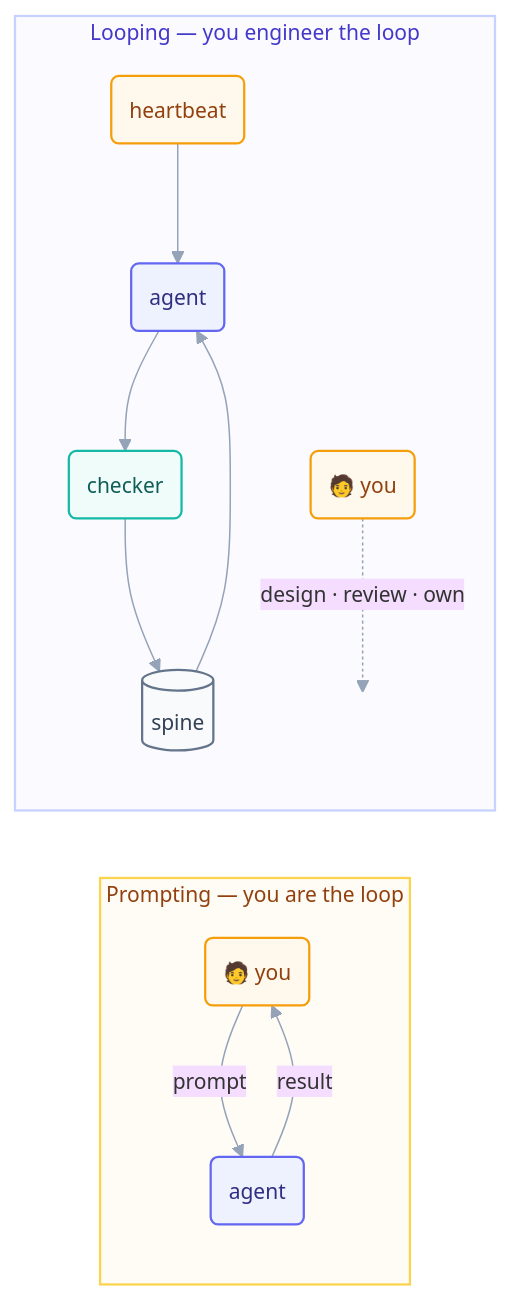
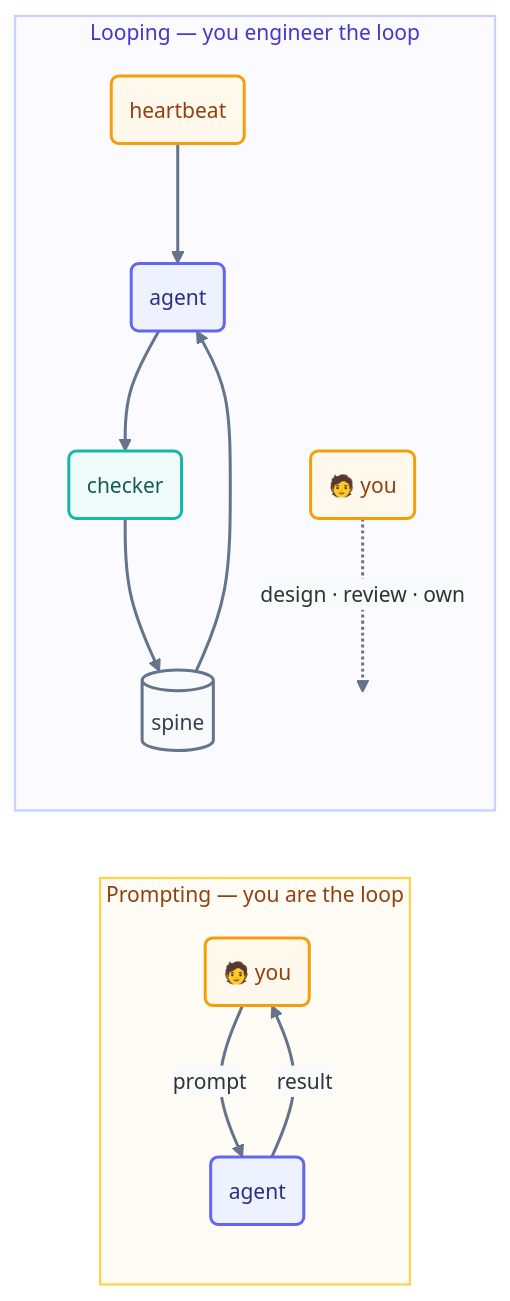
Before and after one commit to ayeshakhalid192007-dev/LoopEngineering-CrashCourse: the diagram in docs/03-part-1-the-shift/01-from-prompting-to-looping.md, drawn with Mermaid. The commit also changed 66 other files, not shown here.

First line of the commit message:
docs(diagrams): bolden and unify all 70 mermaid diagrams

````diff
--- a/docs/03-part-1-the-shift/01-from-prompting-to-looping.md
+++ b/docs/03-part-1-the-shift/01-from-prompting-to-looping.md
@@ -40,21 +40,22 @@
 ```mermaid
-%%{init: {'theme':'base','themeVariables':{'fontFamily':'ui-sans-serif, system-ui, sans-serif','fontSize':'14px','lineColor':'#94a3b8'},'flowchart':{'curve':'basis','nodeSpacing':45,'rankSpacing':55,'padding':12}}}%%
+%%{init: {'theme':'base','themeVariables':{'fontFamily':'ui-sans-serif, system-ui, sans-serif','fontSize':'14px','lineColor':'#64748b','edgeLabelBackground':'#f8fafc'},'flowchart':{'curve':'basis','nodeSpacing':45,'rankSpacing':55,'padding':12}}}%%
 flowchart LR
     subgraph HAND ["Prompting — you are the loop"]
       U("🧑 you"):::human -->|prompt| A1("agent"):::agent -->|result| U
     end
     subgraph ENG ["Looping — you engineer the loop"]
       HB("heartbeat"):::time --> A2("agent"):::agent
       SP[("spine")]:::file --> A2
       A2 --> CK("checker"):::check --> SP
       U2("🧑 you"):::human -.->|"design · review · own"| ENG2(" "):::ghost
     end
-    classDef human fill:#fef9ec,stroke:#f59e0b,stroke-width:1.5px,color:#92400e;
-    classDef agent fill:#eef2ff,stroke:#6366f1,stroke-width:1.5px,color:#312e81;
-    classDef time fill:#fef9ec,stroke:#f59e0b,stroke-width:1.5px,color:#92400e;
-    classDef file fill:#f8fafc,stroke:#64748b,stroke-width:1.5px,color:#334155;
-    classDef check fill:#effcf9,stroke:#14b8a6,stroke-width:1.5px,color:#115e59;
+    linkStyle default stroke:#64748b,stroke-width:2px;
+    classDef human fill:#fef9ec,stroke:#f59e0b,stroke-width:2px,color:#92400e;
+    classDef agent fill:#eef2ff,stroke:#6366f1,stroke-width:2px,color:#312e81;
+    classDef time fill:#fef9ec,stroke:#f59e0b,stroke-width:2px,color:#92400e;
+    classDef file fill:#f8fafc,stroke:#64748b,stroke-width:2px,color:#334155;
+    classDef check fill:#effcf9,stroke:#14b8a6,stroke-width:2px,color:#115e59;
     classDef ghost fill:#ffffff00,stroke:#ffffff00;
     style HAND fill:#fffbf5,stroke:#fcd34d,stroke-width:1.5px,color:#92400e;
     style ENG fill:#fbfbff,stroke:#c7d2fe,stroke-width:1.5px,color:#4338ca;
 ```
````
